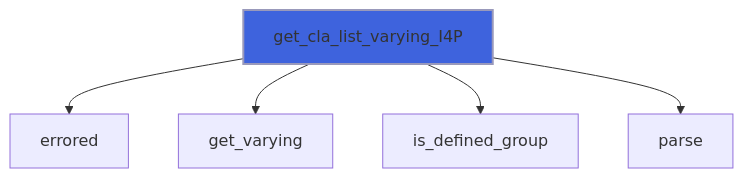
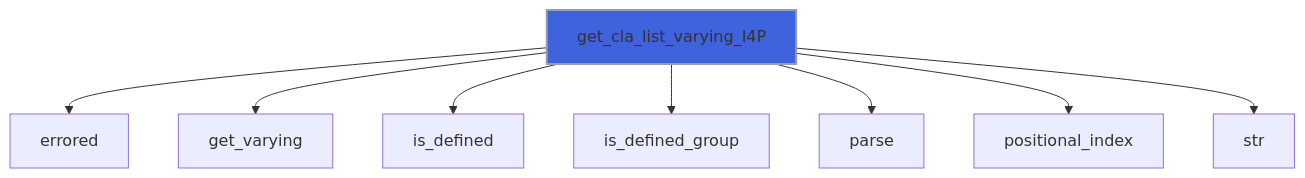
Before and after one commit to szaghi/FLAP: diagram 26 of 57 in docs/api/src/lib/flap_command_line_interface_t.md, drawn with Mermaid. The commit also changed other lines of this file and 17 other files, not shown here.

````diff
--- a/docs/api/src/lib/flap_command_line_interface_t.md
+++ b/docs/api/src/lib/flap_command_line_interface_t.md
@@ -764,8 +1055,11 @@
 ```mermaid
 flowchart TD
   get_cla_list_varying_I4P["get_cla_list_varying_I4P"] --> errored["errored"]
   get_cla_list_varying_I4P["get_cla_list_varying_I4P"] --> get_varying["get_varying"]
+  get_cla_list_varying_I4P["get_cla_list_varying_I4P"] --> is_defined["is_defined"]
   get_cla_list_varying_I4P["get_cla_list_varying_I4P"] --> is_defined_group["is_defined_group"]
   get_cla_list_varying_I4P["get_cla_list_varying_I4P"] --> parse["parse"]
+  get_cla_list_varying_I4P["get_cla_list_varying_I4P"] --> positional_index["positional_index"]
+  get_cla_list_varying_I4P["get_cla_list_varying_I4P"] --> str["str"]
   style get_cla_list_varying_I4P fill:#3e63dd,stroke:#99b,stroke-width:2px
 ```
````
